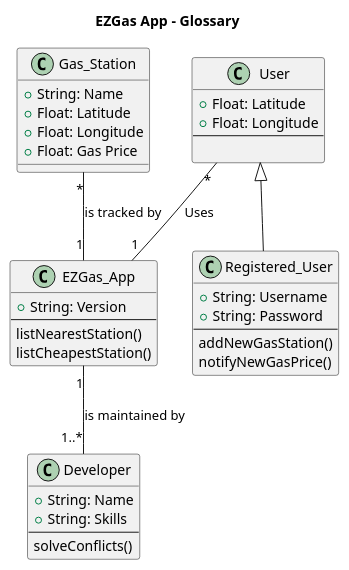
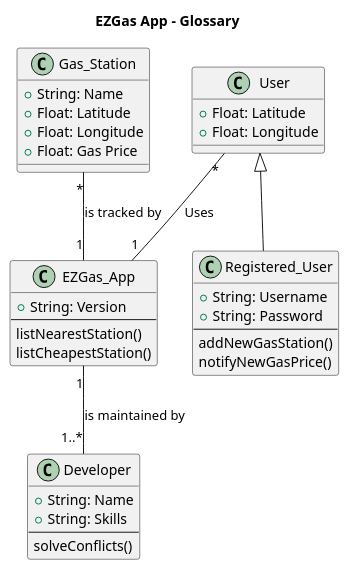
One commit to SoftengPoliTo/Lab2 changed the third of 3 diagrams in REQ_s278000.md. Above: the diagram before and after it, drawn with PlantUML. The commit also changed other lines of this file, not shown here.

Commit message:
other fixes

````diff
--- a/REQ_s278000.md
+++ b/REQ_s278000.md
@@ -206,47 +208,46 @@
 ```plantuml
 @startuml
 
 title EZGas App - Glossary
 
 class EZGas_App {
     +String: Version
     --
     listNearestStation()
     listCheapestStation()
 }
+
 class Gas_Station {
     +String: Name
     +Float: Latitude
     +Float: Longitude
     +Float: Gas Price
-
-    }
+}
 
 class User {
     +Float: Latitude
     +Float: Longitude
-    --
+}
 
-}
 class Registered_User {
     +String: Username
     +String: Password
     --
     addNewGasStation()
     notifyNewGasPrice()
-    }
+}
 
-class Developer{
+class Developer {
     +String: Name
     +String: Skills
     --
     solveConflicts()
 }
 
 User  <|-down-  Registered_User
 User "*" -- "1" EZGas_App: Uses
 EZGas_App "1"  --  "1..*" Developer: is maintained by
 Gas_Station "*" -- "1" EZGas_App : is tracked by
 
 @enduml
 ```
````
